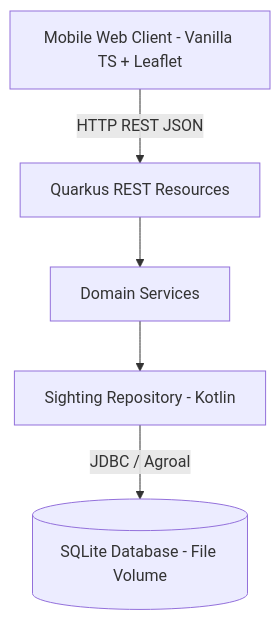
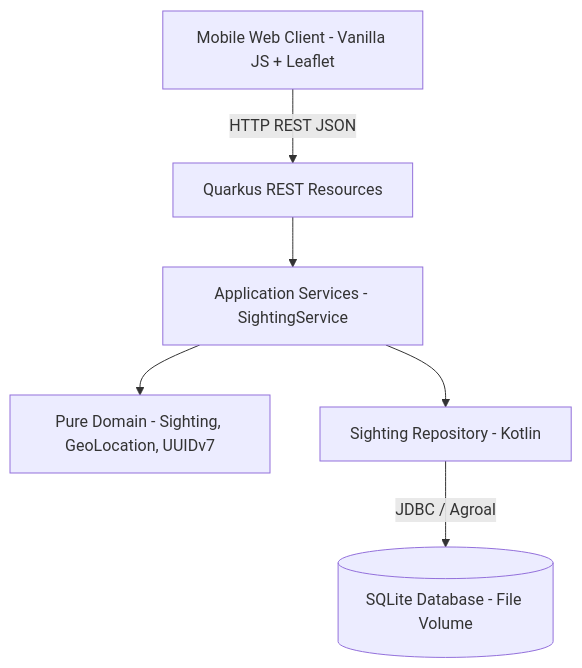
Before and after one commit to mithomas/shoe-tracker: the first of 3 diagrams in _bmad-output/initiative-shoe-tracker/architecture-shoe-tracker/architecture-shoe-tracker.md, drawn with Mermaid. The commit also changed other lines of this file and 7 other files, not shown here.

Commit message:
refactor(architecture): relocate SightingService to service layer and document static web asset convention

````diff
--- a/_bmad-output/initiative-shoe-tracker/architecture-shoe-tracker/architecture-shoe-tracker.md
+++ b/_bmad-output/initiative-shoe-tracker/architecture-shoe-tracker/architecture-shoe-tracker.md
@@ -24,7 +26,8 @@
 ```mermaid
 graph TD
-    UI[Mobile Web Client - Vanilla TS + Leaflet] -->|HTTP REST JSON| API[Quarkus REST Resources]
-    API --> SVC[Domain Services]
+    UI[Mobile Web Client - Vanilla JS + Leaflet] -->|HTTP REST JSON| API[Quarkus REST Resources]
+    API --> SVC[Application Services - SightingService]
+    SVC --> DOMAIN[Pure Domain - Sighting, GeoLocation, UUIDv7]
     SVC --> REPO[Sighting Repository - Kotlin]
     REPO -->|JDBC / Agroal| DB[(SQLite Database - File Volume)]
 ```
````
